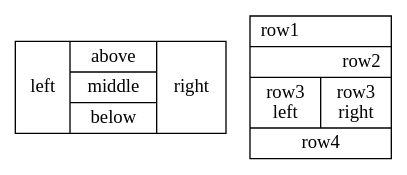
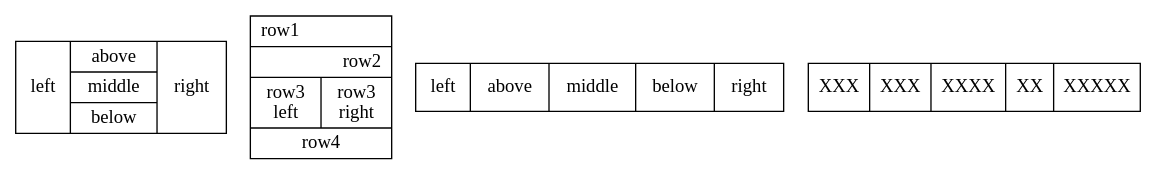
Before and after one commit to tagion/tagion: the first of 2 diagrams in documents/modules/dart/block_file_recycler.md, drawn with Graphviz. The commit also changed other lines of this file and 4 other files, not shown here.

````diff
--- a/documents/modules/dart/block_file_recycler.md
+++ b/documents/modules/dart/block_file_recycler.md
@@ -4,6 +4,8 @@
 ```graphviz
 digraph {
    a [shape=record label="left | {above|middle|below} | <f1>right"]
    b [shape=record label="{row1\l|row2\r|{row3\nleft|<f2>row3\nright}|row4}"]
+   c [shape=record label="left | above|middle|below | right"]
+   d [shape=record label="XXX|XXX|XXXX|XX|XXXXX"]
 }
 ```
````
